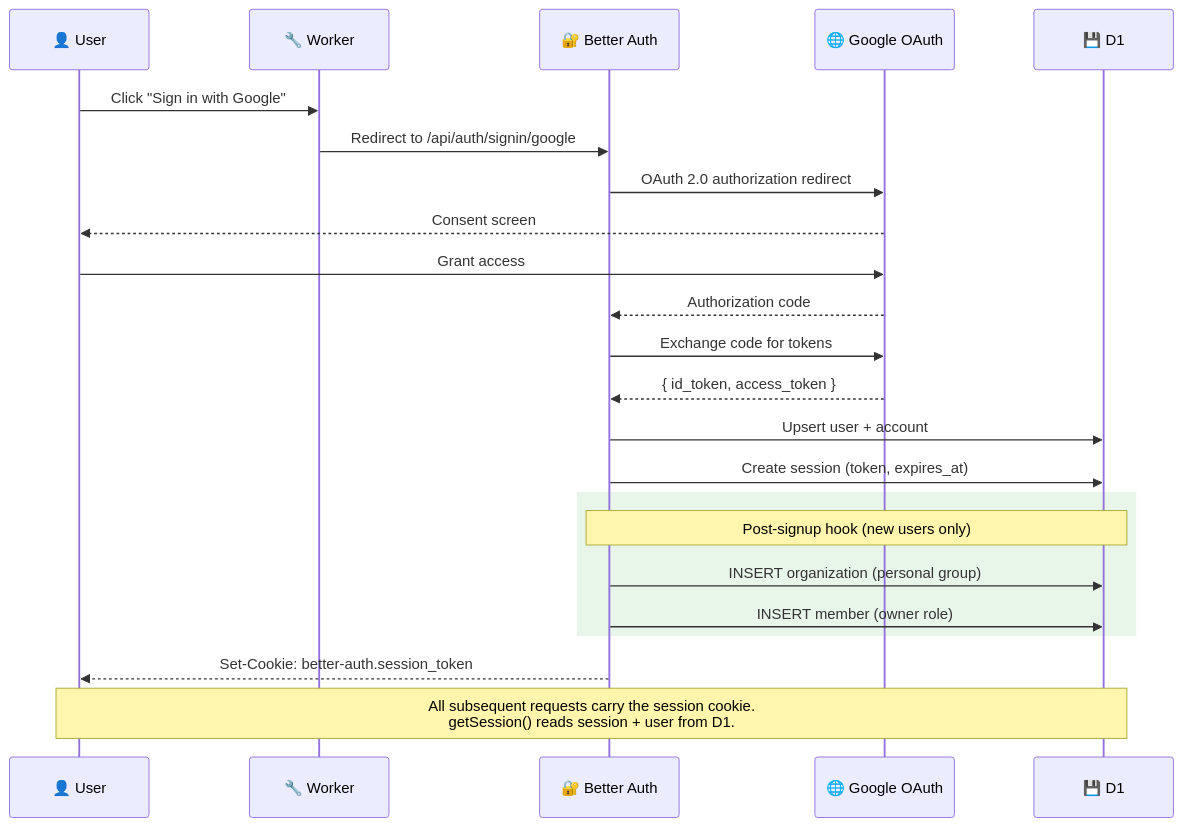
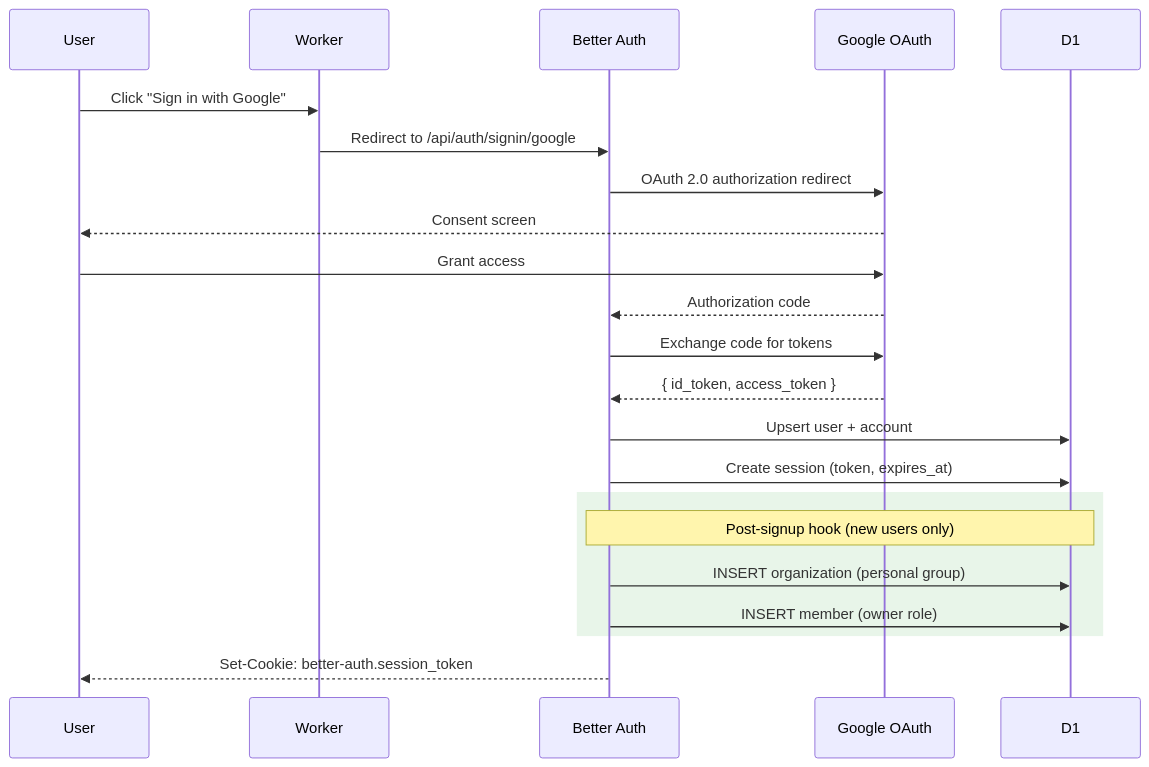
Before and after one commit to bjamesdowning/ration-mirror: diagram 11 of 16 in README.md, drawn with Mermaid. The commit also changed other lines of this file and 1 other file, not shown here.

````diff
--- a/README.md
+++ b/README.md
@@ -586,30 +879,28 @@
 ```mermaid
 sequenceDiagram
-    participant User as 👤 User
-    participant App as 🔧 Worker
-    participant Auth as 🔐 Better Auth
-    participant Google as 🌐 Google OAuth
-    participant D1 as 💾 D1
+    participant User as User
+    participant App as Worker
+    participant Auth as Better Auth
+    participant Google as Google OAuth
+    participant D1 as D1
 
     User->>App: Click "Sign in with Google"
     App->>Auth: Redirect to /api/auth/signin/google
     Auth->>Google: OAuth 2.0 authorization redirect
     Google-->>User: Consent screen
     User->>Google: Grant access
     Google-->>Auth: Authorization code
     Auth->>Google: Exchange code for tokens
     Google-->>Auth: { id_token, access_token }
 
     Auth->>D1: Upsert user + account
     Auth->>D1: Create session (token, expires_at)
 
     rect rgb(232, 245, 233)
         Note over Auth,D1: Post-signup hook (new users only)
         Auth->>D1: INSERT organization (personal group)
         Auth->>D1: INSERT member (owner role)
     end
 
     Auth-->>User: Set-Cookie: better-auth.session_token
-
-    Note over User,D1: All subsequent requests carry the session cookie.<br/>getSession() reads session + user from D1.
 ```
````
